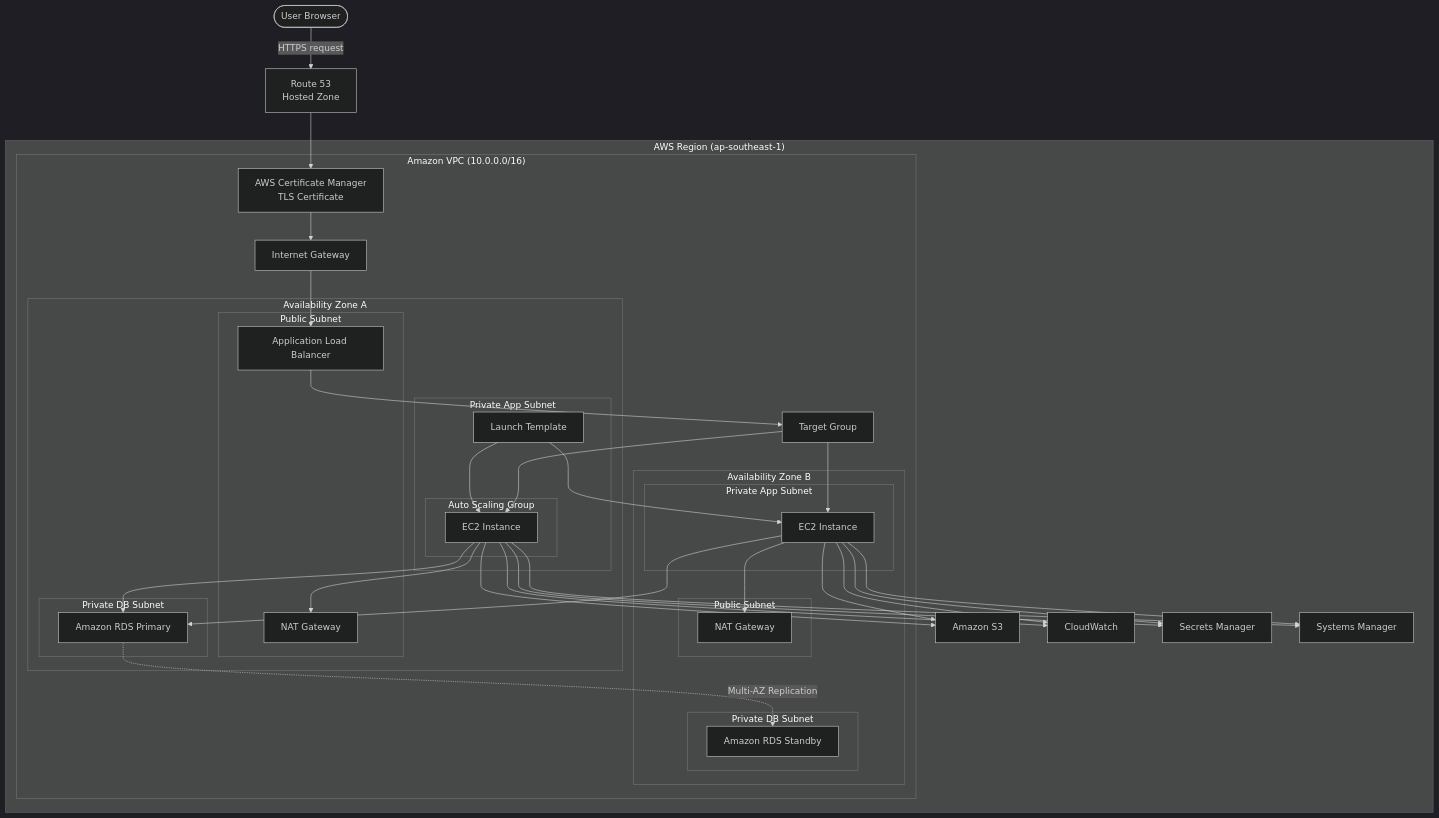
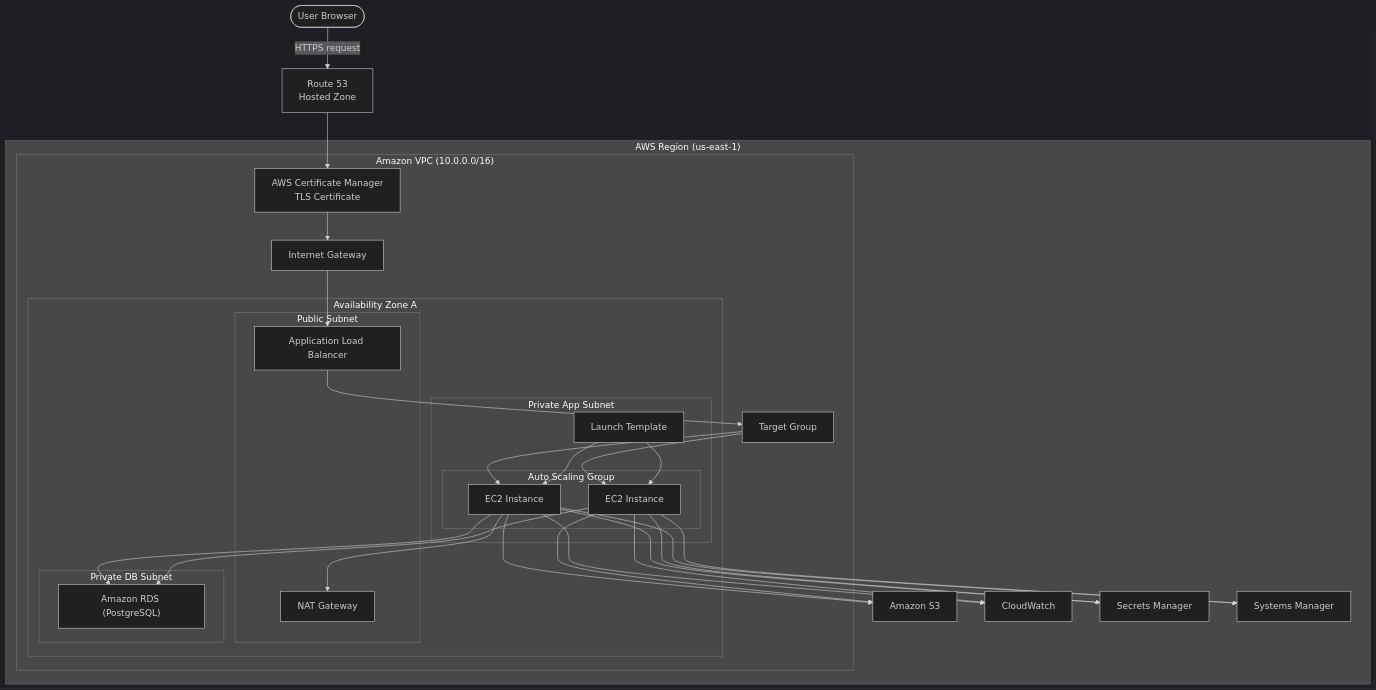
Before and after one commit to 412biyubiy/Enterprise-Web-Application-Platform: the diagram in README.md, drawn with Mermaid (dark theme). The commit also changed other lines of this file, not shown here.

````diff
--- a/README.md
+++ b/README.md
@@ -11,109 +11,52 @@
 ```mermaid
 flowchart TB
-
     User([User Browser])
-
     Route53["Route 53<br/>Hosted Zone"]
     ACM["AWS Certificate Manager<br/>TLS Certificate"]
-
     User -->|"HTTPS request"| Route53
     Route53 --> ACM
-
-    subgraph AWS["AWS Region (ap-southeast-1)"]
-
+    subgraph AWS["AWS Region (us-east-1)"]
         subgraph VPC["Amazon VPC (10.0.0.0/16)"]
-
             IGW["Internet Gateway"]
-
             ACM --> IGW
-
             subgraph AZA["Availability Zone A"]
-
                 subgraph PublicA["Public Subnet"]
-
                     NATA["NAT Gateway"]
                     ALB["Application Load Balancer"]
-
                 end
-
                 subgraph AppA["Private App Subnet"]
-
                     LT["Launch Template"]
-
                     subgraph ASG["Auto Scaling Group"]
-
                         EC21["EC2 Instance"]
-
+                        EC22["EC2 Instance"]
                     end
-
                 end
-
                 subgraph DBA["Private DB Subnet"]
-
-                    RDS1["Amazon RDS Primary"]
-
+                    RDS1["Amazon RDS (PostgreSQL)"]
                 end
-
             end
-
-            subgraph AZB["Availability Zone B"]
-
-                subgraph PublicB["Public Subnet"]
-
-                    NATB["NAT Gateway"]
-
-                end
-
-                subgraph AppB["Private App Subnet"]
-
-                    EC22["EC2 Instance"]
-
-                end
-
-                subgraph DBB["Private DB Subnet"]
-
-                    RDS2["Amazon RDS Standby"]
-
-                end
-
-            end
-
             IGW --> ALB
-
             ALB --> TG["Target Group"]
-
             TG --> EC21
             TG --> EC22
-
             LT --> EC21
             LT --> EC22
-
             EC21 --> RDS1
             EC22 --> RDS1
-
-            RDS1 -. Multi-AZ Replication .-> RDS2
-
             EC21 --> NATA
-            EC22 --> NATB
-
+  
         end
-
         S3["Amazon S3"]
         CW["CloudWatch"]
         SM["Secrets Manager"]
         SSM["Systems Manager"]
-
         EC21 --> S3
         EC22 --> S3
-
         EC21 --> CW
         EC22 --> CW
-
         EC21 --> SM
         EC22 --> SM
-
         EC21 --> SSM
         EC22 --> SSM
-
     end
 ```
````
